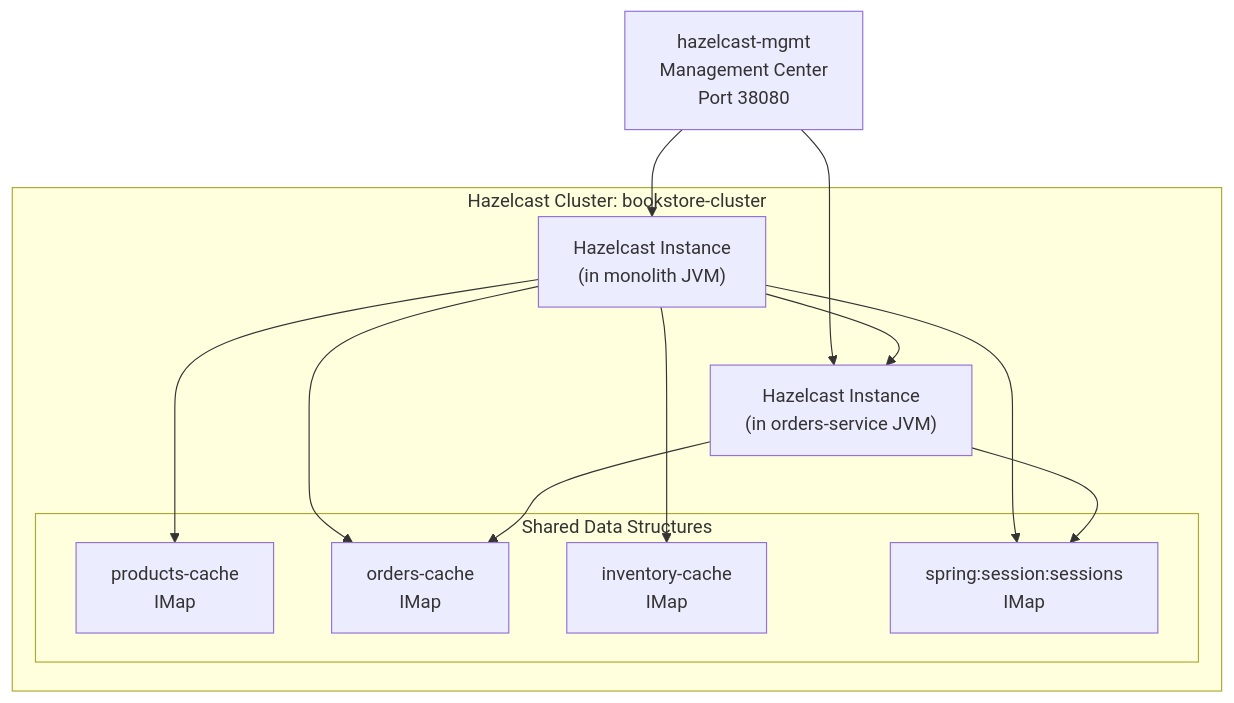
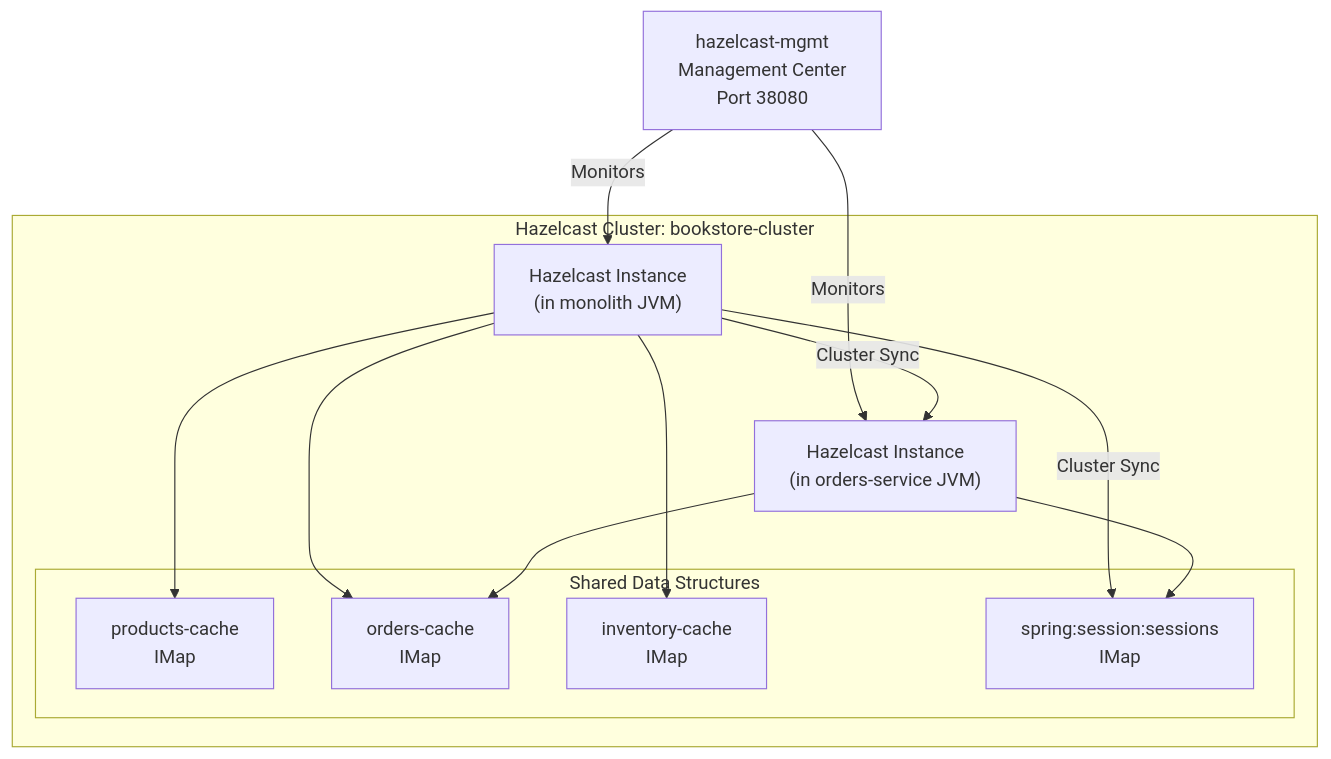
One commit to philipz/spring-modular-monolith changed the fourth of 7 diagrams in docs/deepwiki/Deployment-and-Infrastructure.md. Above: the diagram before and after it, drawn with Mermaid. The commit also changed other lines of this file and 55 other files, not shown here.

````diff
--- a/docs/deepwiki/Deployment-and-Infrastructure.md
+++ b/docs/deepwiki/Deployment-and-Infrastructure.md
@@ -439,33 +439,33 @@
 ```mermaid
 flowchart TD
 
 monolithHz["Hazelcast Instance<br>(in monolith JVM)"]
 ordersHz["Hazelcast Instance<br>(in orders-service JVM)"]
 productCache["products-cache<br>IMap"]
 orderCache["orders-cache<br>IMap"]
 inventoryCache["inventory-cache<br>IMap"]
 sessionCache["spring:session:sessions<br>IMap"]
 hazelcastMgmt["hazelcast-mgmt<br>Management Center<br>Port 38080"]
 
-hazelcastMgmt --> monolithHz
-hazelcastMgmt --> ordersHz
+hazelcastMgmt -->|"Monitors"| monolithHz
+hazelcastMgmt -->|"Monitors"| ordersHz
 
 subgraph subGraph1 ["Hazelcast Cluster: bookstore-cluster"]
     monolithHz
     ordersHz
-    monolithHz --> ordersHz
+    monolithHz -->|"Cluster Sync"| ordersHz
     monolithHz --> productCache
     monolithHz --> orderCache
     monolithHz --> inventoryCache
-    monolithHz --> sessionCache
+    monolithHz -->|"Cluster Sync"| sessionCache
     ordersHz --> orderCache
     ordersHz --> sessionCache
 
 subgraph subGraph0 ["Shared Data Structures"]
     productCache
     orderCache
     inventoryCache
     sessionCache
 end
 end
 ```
````
